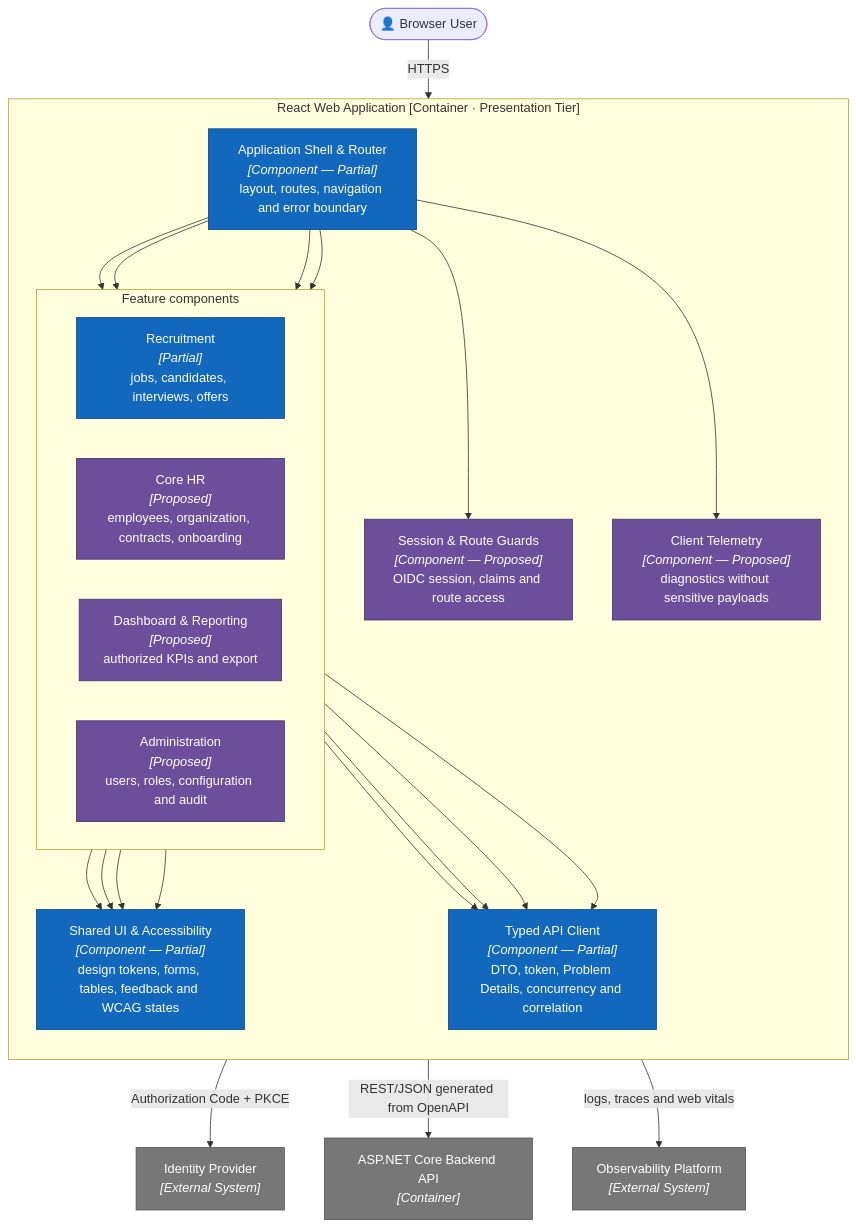
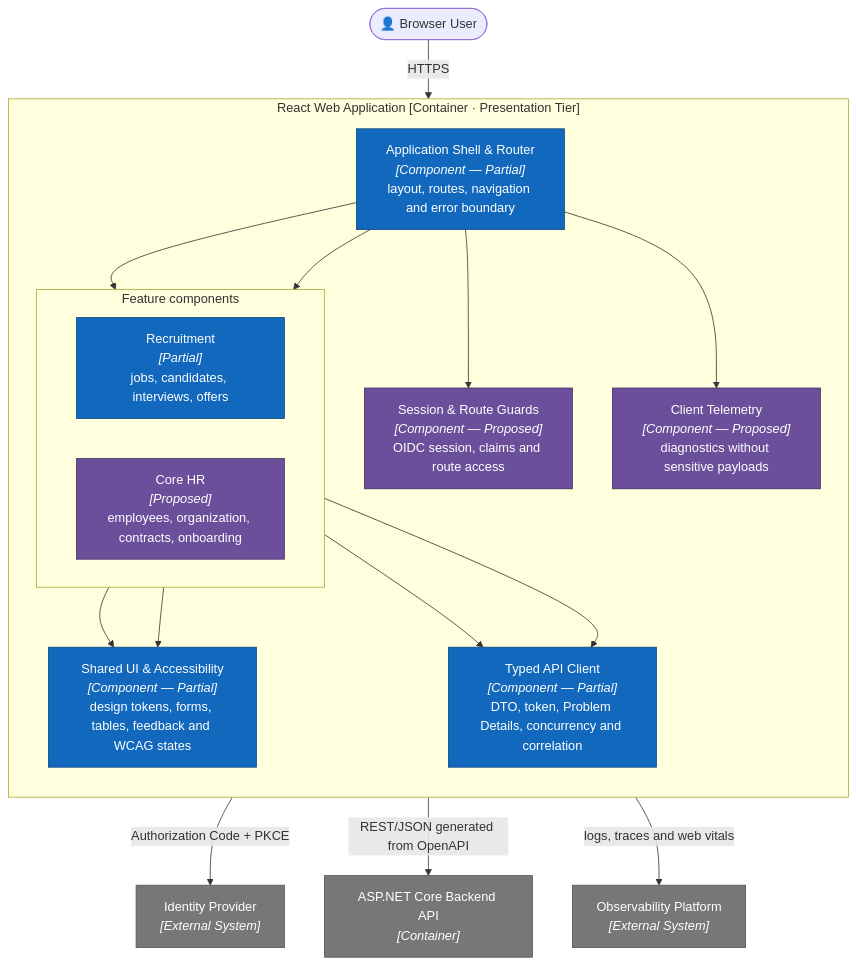
The fourth of 12 diagrams in docs/architecture.md (nvdat16/QLNS), drawn with Mermaid before and after one commit. The commit also changed other lines of this file and 15 other files, not shown here.

````diff
--- a/docs/architecture.md
+++ b/docs/architecture.md
@@ -236,54 +222,46 @@
 ```mermaid
 flowchart TB
     user(["👤 Browser User"])
     api["ASP.NET Core Backend API<br/><i>[Container]</i>"]
     idp["Identity Provider<br/><i>[External System]</i>"]
     observe["Observability Platform<br/><i>[External System]</i>"]
 
     subgraph web["React Web Application [Container · Presentation Tier]"]
         direction TB
         shell["Application Shell & Router<br/><i>[Component — Partial]</i><br/>layout, routes, navigation and error boundary"]
         auth["Session & Route Guards<br/><i>[Component — Proposed]</i><br/>OIDC session, claims and route access"]
 
         subgraph features["Feature components"]
             direction LR
             recruitment["Recruitment<br/><i>[Partial]</i><br/>jobs, candidates, interviews, offers"]
             corehr["Core HR<br/><i>[Proposed]</i><br/>employees, organization, contracts, onboarding"]
-            reporting["Dashboard & Reporting<br/><i>[Proposed]</i><br/>authorized KPIs and export"]
-            administration["Administration<br/><i>[Proposed]</i><br/>users, roles, configuration and audit"]
         end
 
         shared["Shared UI & Accessibility<br/><i>[Component — Partial]</i><br/>design tokens, forms, tables, feedback and WCAG states"]
         client["Typed API Client<br/><i>[Component — Partial]</i><br/>DTO, token, Problem Details, concurrency and correlation"]
         telemetry["Client Telemetry<br/><i>[Component — Proposed]</i><br/>diagnostics without sensitive payloads"]
 
         shell --> auth
         shell --> recruitment
         shell --> corehr
-        shell --> reporting
-        shell --> administration
 
         recruitment --> shared
         corehr --> shared
-        reporting --> shared
-        administration --> shared
 
         recruitment --> client
         corehr --> client
-        reporting --> client
-        administration --> client
         shell --> telemetry
     end
 
     user -->|HTTPS| shell
     auth -->|"Authorization Code + PKCE"| idp
     client -->|"REST/JSON generated from OpenAPI"| api
     telemetry -->|"logs, traces and web vitals"| observe
 
     classDef partial fill:#1168bd,color:#fff,stroke:#0b4884
     classDef proposed fill:#6b4f9b,color:#fff,stroke:#463267
     classDef external fill:#777,color:#fff,stroke:#555
     class shell,recruitment,shared,client partial
-    class auth,corehr,reporting,administration,telemetry proposed
+    class auth,corehr,telemetry proposed
     class api,idp,observe external
 ```
````
